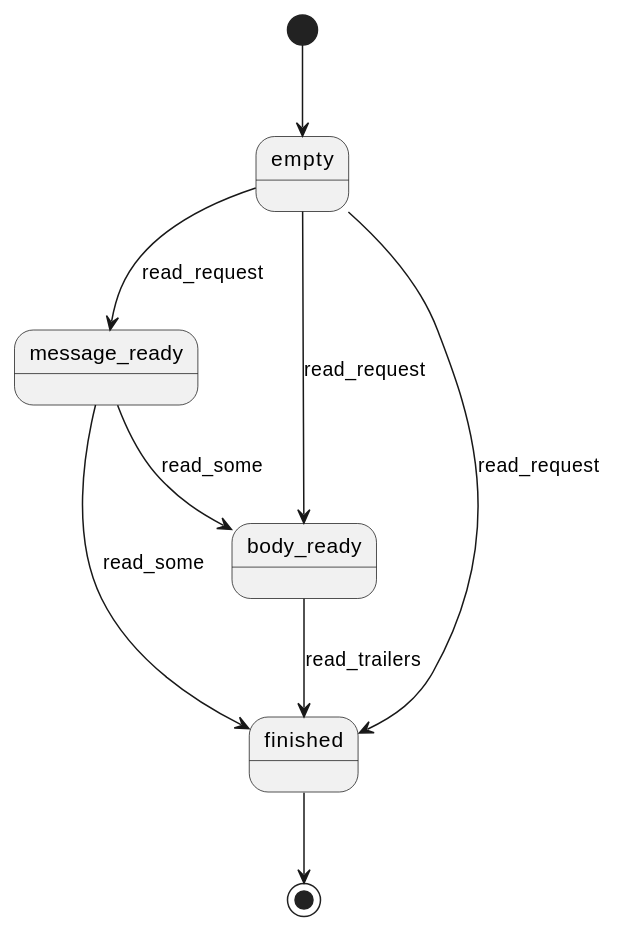
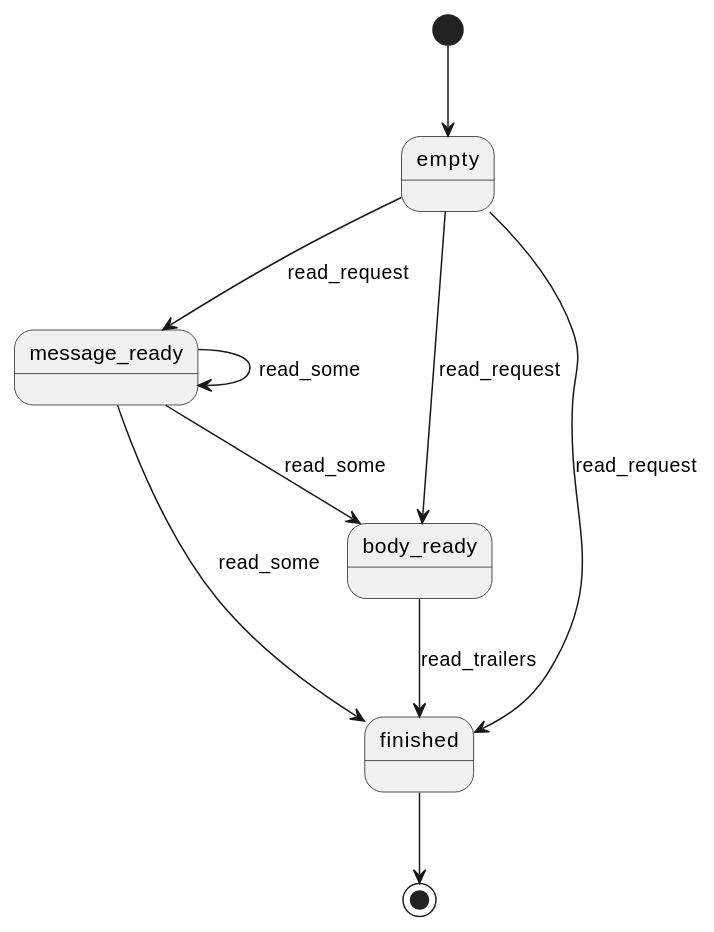
The diagram in doc/ref/read_state.adoc (BoostGSoC14/boost.http), drawn with PlantUML before and after one commit.

Commit message:
Fix error in `read_state` diagram
Ancient error.

```diff
--- a/doc/ref/read_state.adoc
+++ b/doc/ref/read_state.adoc
@@ -14,21 +14,22 @@
 [plantuml,read_state]
 ----
 @startuml
 state empty
 state message_ready
 state body_ready
 state finished
 
 [*] --> empty
 finished --> [*]
 
 empty --> message_ready : read_request
 empty --> body_ready : read_request
 empty --> finished : read_request
 
+message_ready --> message_ready : read_some
 message_ready --> body_ready : read_some
 message_ready --> finished : read_some
 
 body_ready --> finished : read_trailers
 @enduml
 ----
```
